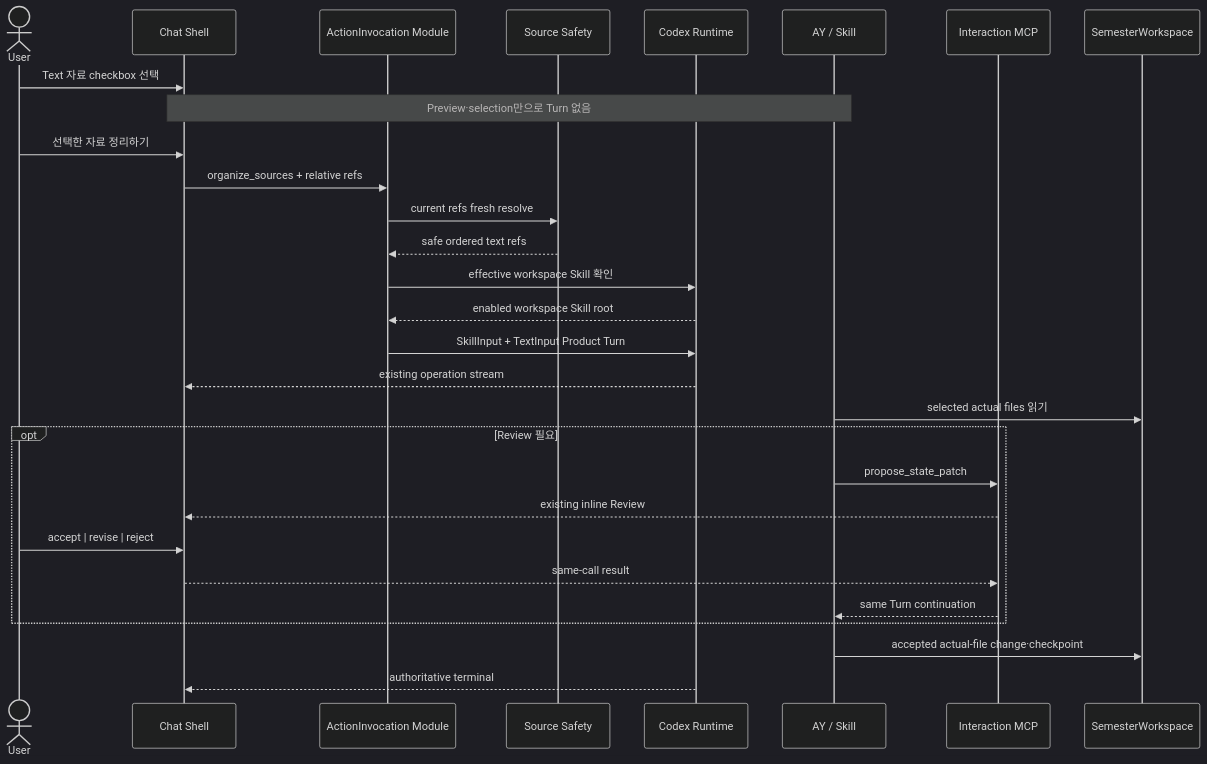
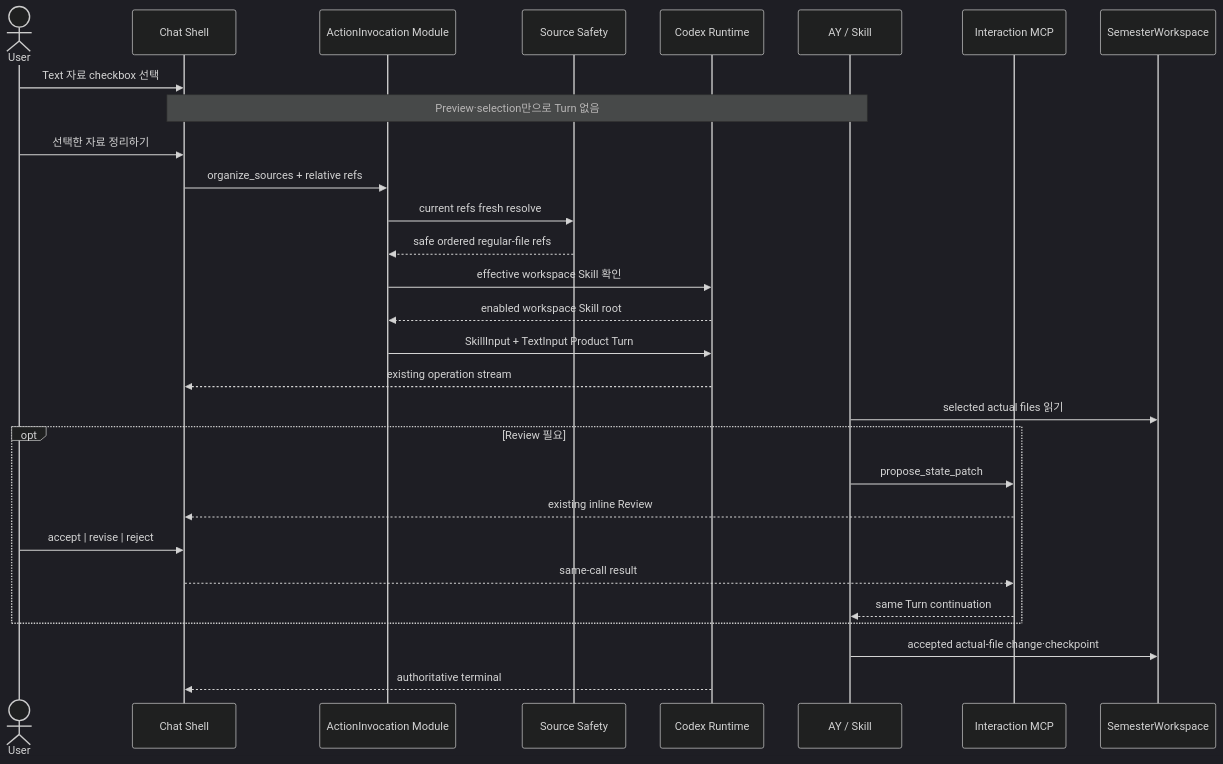
One commit to Mureung1/hub-showcase changed the diagram in docs/specs/2026-07-28-organize-sources-action-invocation.md. Above: the diagram before and after it, drawn with Mermaid (dark theme). The commit also changed other lines of this file and 17 other files, not shown here.

````diff
--- a/docs/specs/2026-07-28-organize-sources-action-invocation.md
+++ b/docs/specs/2026-07-28-organize-sources-action-invocation.md
@@ -358,32 +370,32 @@
 ```mermaid
 sequenceDiagram
     actor U as User
     participant UI as Chat Shell
     participant A as ActionInvocation Module
     participant S as Source Safety
     participant R as Codex Runtime
     participant AY as AY / Skill
     participant M as Interaction MCP
     participant W as SemesterWorkspace
 
     U->>UI: Text 자료 checkbox 선택
     Note over UI,AY: Preview·selection만으로 Turn 없음
     U->>UI: 선택한 자료 정리하기
     UI->>A: organize_sources + relative refs
     A->>S: current refs fresh resolve
-    S-->>A: safe ordered text refs
+    S-->>A: safe ordered regular-file refs
     A->>R: effective workspace Skill 확인
     R-->>A: enabled workspace Skill root
     A->>R: SkillInput + TextInput Product Turn
     R-->>UI: existing operation stream
     AY->>W: selected actual files 읽기
     opt Review 필요
         AY->>M: propose_state_patch
         M-->>UI: existing inline Review
         U->>UI: accept | revise | reject
         UI-->>M: same-call result
         M-->>AY: same Turn continuation
     end
     AY->>W: accepted actual-file change·checkpoint
     R-->>UI: authoritative terminal
 ```
````
